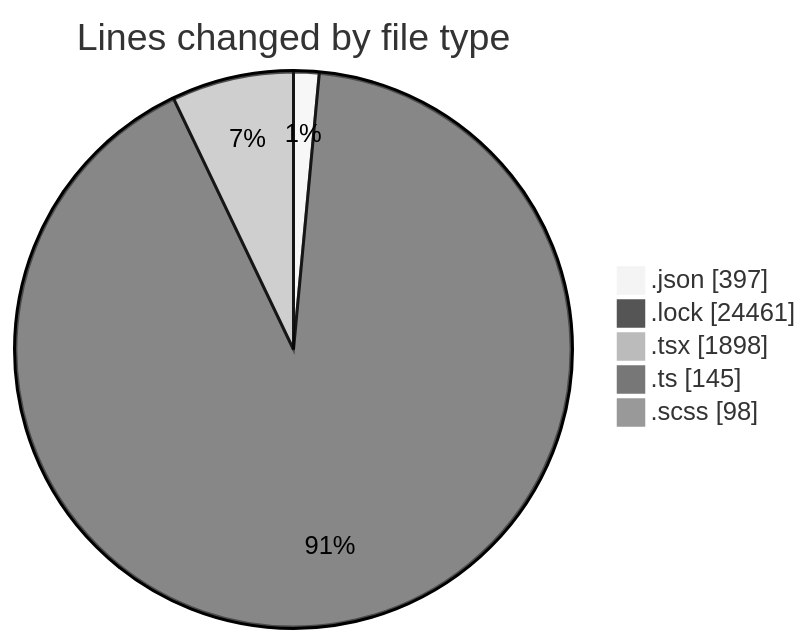
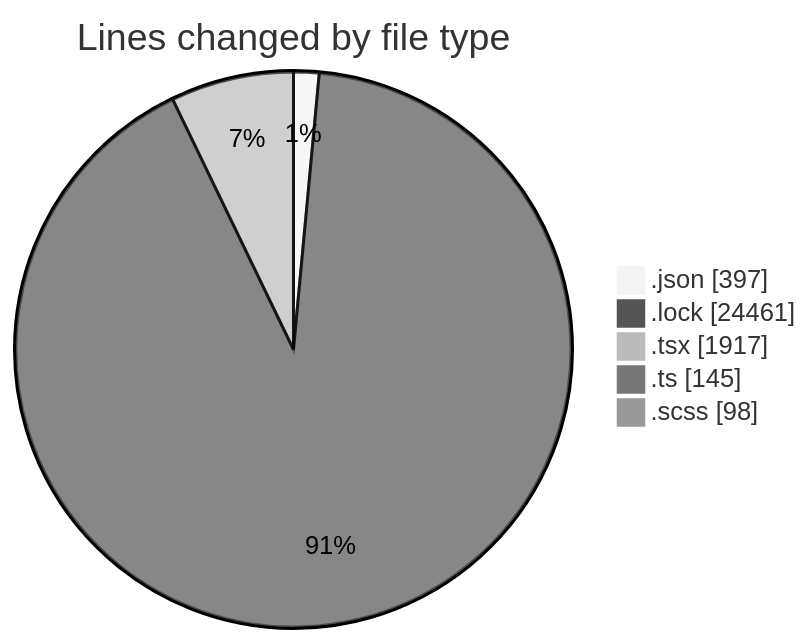
Before and after one commit to momahboobian/code-tracking: the first of 2 diagrams in 2026-05-14/cda/README.md, drawn with Mermaid (neutral theme). The commit also changed other lines of this file and 1 other file, not shown here.

````diff
--- a/2026-05-14/cda/README.md
+++ b/2026-05-14/cda/README.md
@@ -36,9 +36,9 @@
 ```mermaid
 pie showData
 title Lines changed by file type
 ".json" : 397
 ".lock" : 24461
-".tsx" : 1898
+".tsx" : 1917
 ".ts" : 145
 ".scss" : 98
 ```
````
